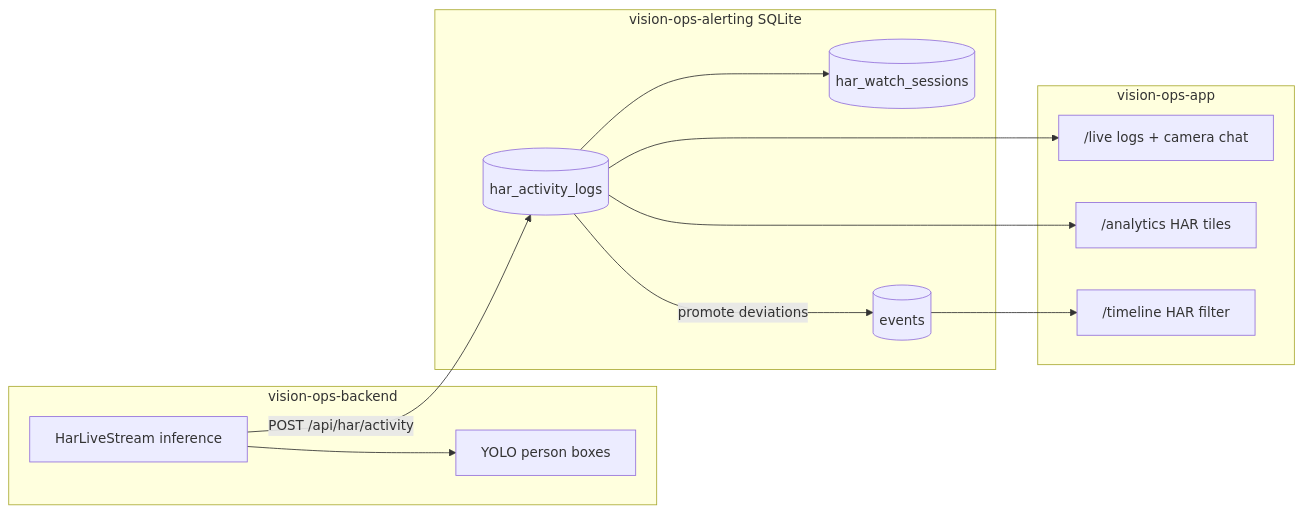
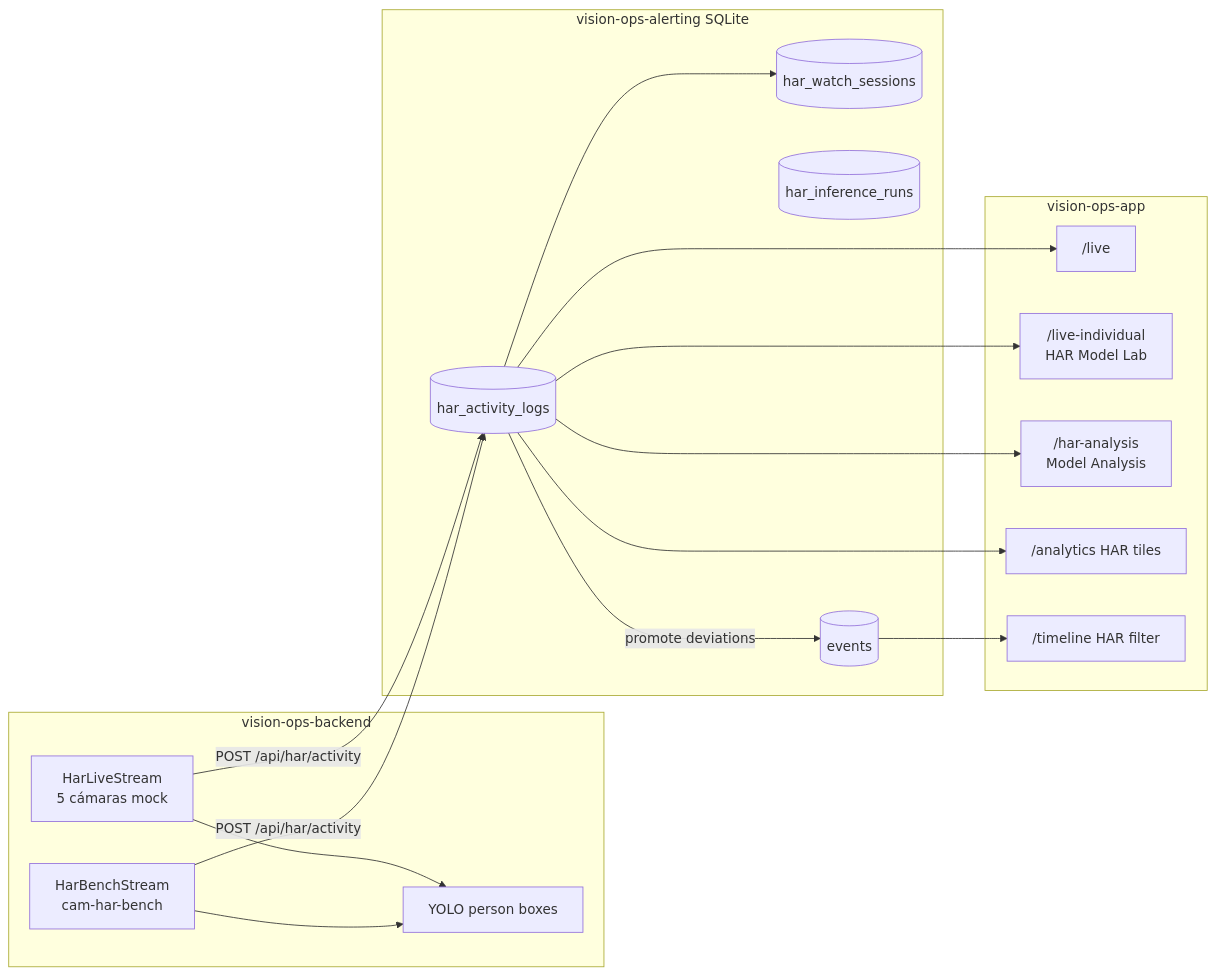
One commit to CarlosdelCastillo-Rey/AI-Co-Pilot-for-the-Production-Floor-See-Guide-Improve changed the fourth of 5 diagrams in README.md. Above: the diagram before and after it, drawn with Mermaid. The commit also changed other lines of this file and 5 other files, not shown here.

````diff
--- a/README.md
+++ b/README.md
@@ -125,24 +267,32 @@
 ```mermaid
 flowchart LR
     subgraph Backend8000["vision-ops-backend"]
-        LiveLoop["HarLiveStream inference"]
+        LiveLoop["HarLiveStream<br/>5 cámaras mock"]
+        Bench["HarBenchStream<br/>cam-har-bench"]
         YOLO["YOLO person boxes"]
     end
     subgraph Alerting8001["vision-ops-alerting SQLite"]
         Logs[(har_activity_logs)]
         Sessions[(har_watch_sessions)]
+        Runs[(har_inference_runs)]
         Events[(events)]
     end
     subgraph App3000["vision-ops-app"]
-        LiveUI["/live logs + camera chat"]
+        LiveUI["/live"]
+        LabUI["/live-individual<br/>HAR Model Lab"]
+        AnalysisUI["/har-analysis<br/>Model Analysis"]
         AnalyticsUI["/analytics HAR tiles"]
         TimelineUI["/timeline HAR filter"]
     end
     LiveLoop --> YOLO
+    Bench --> YOLO
     LiveLoop -->|"POST /api/har/activity"| Logs
+    Bench -->|"POST /api/har/activity"| Logs
     Logs --> Sessions
     Logs -->|"promote deviations"| Events
     Logs --> LiveUI
+    Logs --> LabUI
+    Logs --> AnalysisUI
     Logs --> AnalyticsUI
     Events --> TimelineUI
 ```
````
